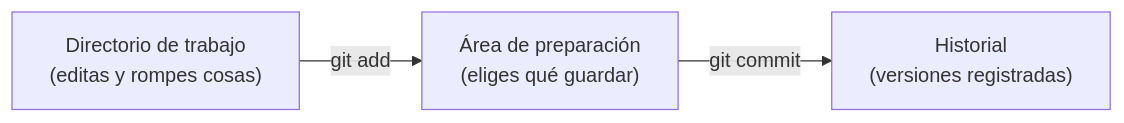
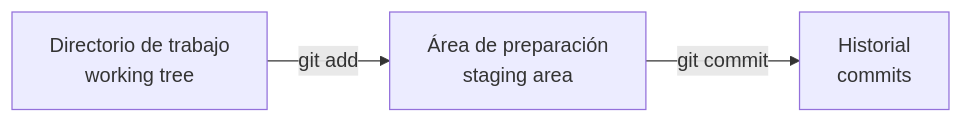
Before and after one commit to alejandroroig/despliegue-daw: the second of 3 diagrams in docs/tema1/control-versiones-documentacion.md, drawn with Mermaid. The commit also changed other lines of this file and 9 other files, not shown here.

````diff
--- a/docs/tema1/control-versiones-documentacion.md
+++ b/docs/tema1/control-versiones-documentacion.md
@@ -18,5 +69,5 @@
 ```mermaid
 flowchart LR
-  W["Directorio de trabajo<br/>(editas y rompes cosas)"] -->|git add| S["Área de preparación<br/>(eliges qué guardar)"]
-  S -->|git commit| H["Historial<br/>(versiones registradas)"]
+    W["Directorio de trabajo<br/>working tree"] -->|"git add"| S["Área de preparación<br/>staging area"]
+    S -->|"git commit"| H["Historial<br/>commits"]
 ```
````
